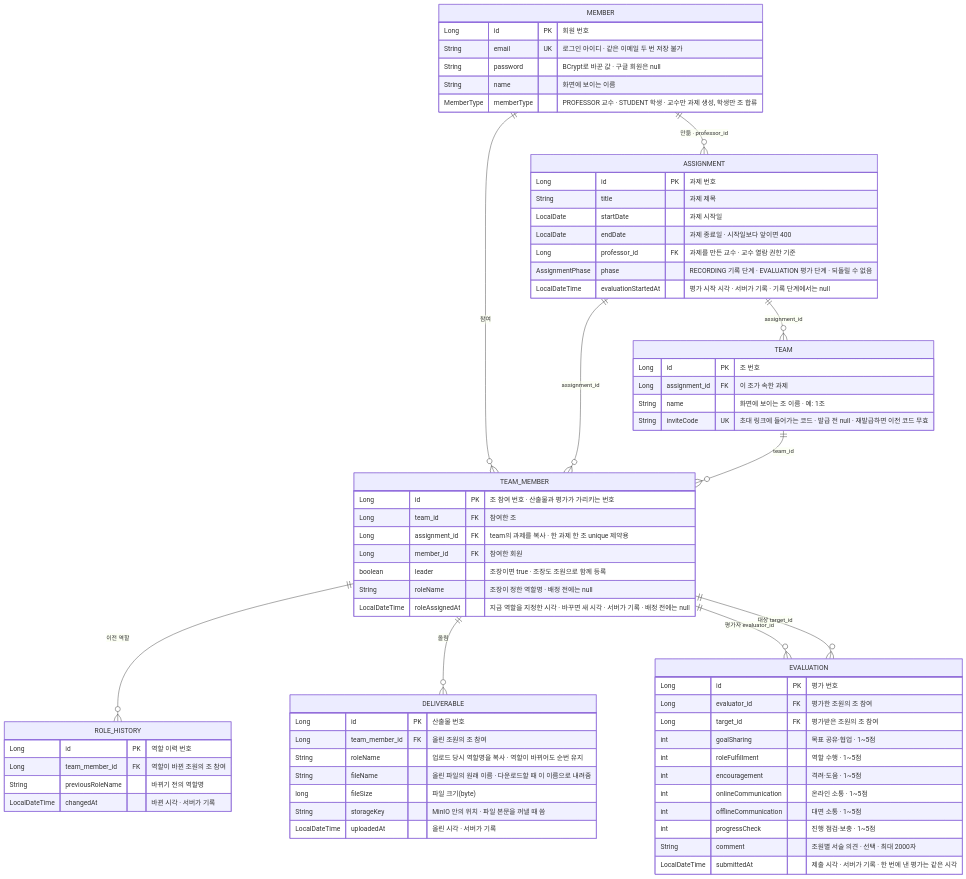
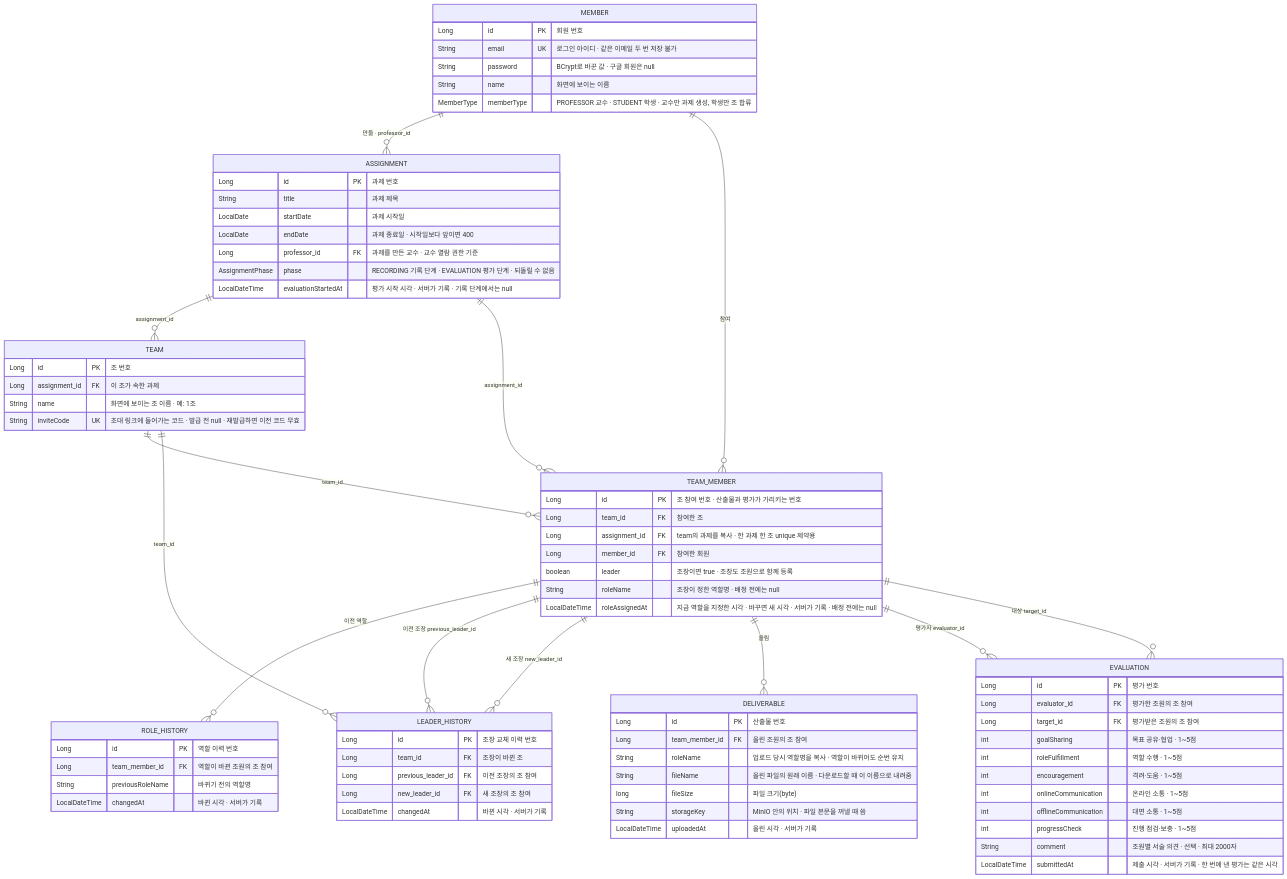
One commit to Pyrite9/footprint-demo changed the sixth of 6 diagrams in docs/architecture.md. Above: the diagram before and after it, drawn with Mermaid. The commit also changed other lines of this file and 26 other files, not shown here.

Commit message:
feat: add team leader change with history

````diff
--- a/docs/architecture.md
+++ b/docs/architecture.md
@@ -201,72 +202,82 @@
 ```mermaid
 erDiagram
     MEMBER ||--o{ ASSIGNMENT : "만듦 · professor_id"
     MEMBER ||--o{ TEAM_MEMBER : "참여"
     ASSIGNMENT ||--o{ TEAM : "assignment_id"
     ASSIGNMENT ||--o{ TEAM_MEMBER : "assignment_id"
     TEAM ||--o{ TEAM_MEMBER : "team_id"
     TEAM_MEMBER ||--o{ ROLE_HISTORY : "이전 역할"
+    TEAM ||--o{ LEADER_HISTORY : "team_id"
+    TEAM_MEMBER ||--o{ LEADER_HISTORY : "이전 조장 previous_leader_id"
+    TEAM_MEMBER ||--o{ LEADER_HISTORY : "새 조장 new_leader_id"
     TEAM_MEMBER ||--o{ DELIVERABLE : "올림"
     TEAM_MEMBER ||--o{ EVALUATION : "평가자 evaluator_id"
     TEAM_MEMBER ||--o{ EVALUATION : "대상 target_id"
 
     MEMBER {
         Long id PK "회원 번호"
         String email UK "로그인 아이디 · 같은 이메일 두 번 저장 불가"
         String password "BCrypt로 바꾼 값 · 구글 회원은 null"
         String name "화면에 보이는 이름"
         MemberType memberType "PROFESSOR 교수 · STUDENT 학생 · 교수만 과제 생성, 학생만 조 합류"
     }
     ASSIGNMENT {
         Long id PK "과제 번호"
         String title "과제 제목"
         LocalDate startDate "과제 시작일"
         LocalDate endDate "과제 종료일 · 시작일보다 앞이면 400"
         Long professor_id FK "과제를 만든 교수 · 교수 열람 권한 기준"
         AssignmentPhase phase "RECORDING 기록 단계 · EVALUATION 평가 단계 · 되돌릴 수 없음"
         LocalDateTime evaluationStartedAt "평가 시작 시각 · 서버가 기록 · 기록 단계에서는 null"
     }
     TEAM {
         Long id PK "조 번호"
         Long assignment_id FK "이 조가 속한 과제"
         String name "화면에 보이는 조 이름 · 예: 1조"
         String inviteCode UK "초대 링크에 들어가는 코드 · 발급 전 null · 재발급하면 이전 코드 무효"
     }
     TEAM_MEMBER {
         Long id PK "조 참여 번호 · 산출물과 평가가 가리키는 번호"
         Long team_id FK "참여한 조"
         Long assignment_id FK "team의 과제를 복사 · 한 과제 한 조 unique 제약용"
         Long member_id FK "참여한 회원"
         boolean leader "조장이면 true · 조장도 조원으로 함께 등록"
         String roleName "조장이 정한 역할명 · 배정 전에는 null"
         LocalDateTime roleAssignedAt "지금 역할을 지정한 시각 · 바꾸면 새 시각 · 서버가 기록 · 배정 전에는 null"
     }
     ROLE_HISTORY {
         Long id PK "역할 이력 번호"
         Long team_member_id FK "역할이 바뀐 조원의 조 참여"
         String previousRoleName "바뀌기 전의 역할명"
         LocalDateTime changedAt "바뀐 시각 · 서버가 기록"
     }
+    LEADER_HISTORY {
+        Long id PK "조장 교체 이력 번호"
+        Long team_id FK "조장이 바뀐 조"
+        Long previous_leader_id FK "이전 조장의 조 참여"
+        Long new_leader_id FK "새 조장의 조 참여"
+        LocalDateTime changedAt "바뀐 시각 · 서버가 기록"
+    }
     DELIVERABLE {
         Long id PK "산출물 번호"
         Long team_member_id FK "올린 조원의 조 참여"
         String roleName "업로드 당시 역할명을 복사 · 역할이 바뀌어도 순번 유지"
         String fileName "올린 파일의 원래 이름 · 다운로드할 때 이 이름으로 내려줌"
         long fileSize "파일 크기(byte)"
         String storageKey "MinIO 안의 위치 · 파일 본문을 꺼낼 때 씀"
         LocalDateTime uploadedAt "올린 시각 · 서버가 기록"
     }
     EVALUATION {
         Long id PK "평가 번호"
         Long evaluator_id FK "평가한 조원의 조 참여"
         Long target_id FK "평가받은 조원의 조 참여"
         int goalSharing "목표 공유·협업 · 1~5점"
         int roleFulfillment "역할 수행 · 1~5점"
         int encouragement "격려·도움 · 1~5점"
         int onlineCommunication "온라인 소통 · 1~5점"
         int offlineCommunication "대면 소통 · 1~5점"
         int progressCheck "진행 점검·보충 · 1~5점"
         String comment "조원별 서술 의견 · 선택 · 최대 2000자"
         LocalDateTime submittedAt "제출 시각 · 서버가 기록 · 한 번에 낸 평가는 같은 시각"
     }
 ```
````
